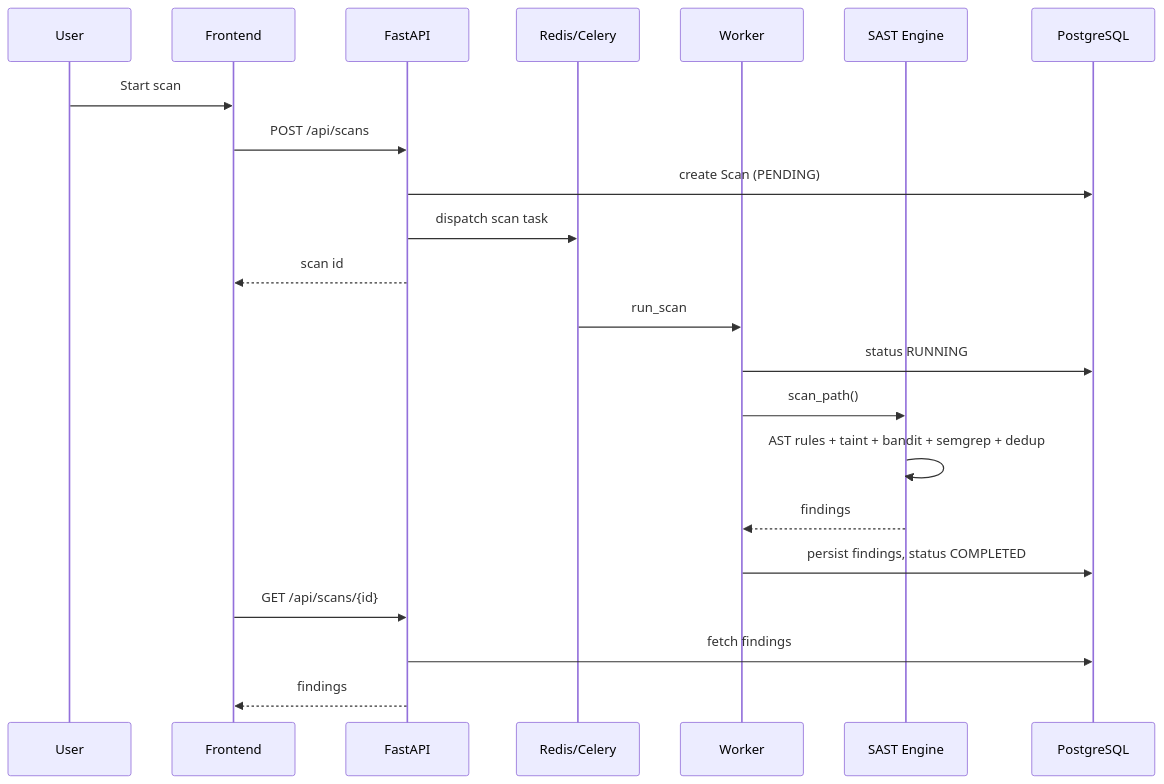
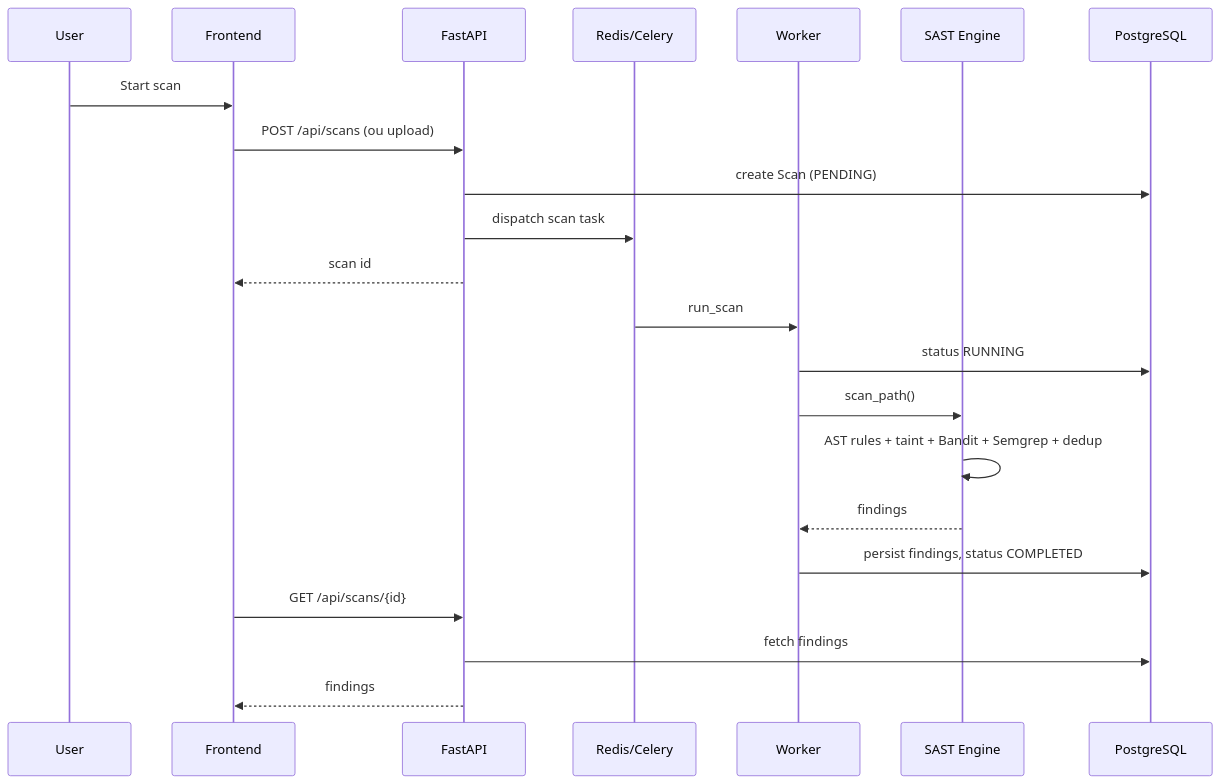
The fifth of 7 diagrams in docs/ARCHITECTURE.md (LorenzzoDiass/SASTGuard), drawn with Mermaid before and after one commit. The commit also changed other lines of this file, not shown here.

First line of the commit message:
Revise architecture documentation and diagrams

````diff
--- a/docs/ARCHITECTURE.md
+++ b/docs/ARCHITECTURE.md
@@ -78,25 +108,25 @@
 ```mermaid
 sequenceDiagram
     participant U as User
     participant FE as Frontend
     participant API as FastAPI
     participant Q as Redis/Celery
     participant W as Worker
     participant E as SAST Engine
     participant DB as PostgreSQL
 
     U->>FE: Start scan
-    FE->>API: POST /api/scans
+    FE->>API: POST /api/scans (ou upload)
     API->>DB: create Scan (PENDING)
     API->>Q: dispatch scan task
     API-->>FE: scan id
     Q->>W: run_scan
     W->>DB: status RUNNING
     W->>E: scan_path()
-    E->>E: AST rules + taint + bandit + semgrep + dedup
+    E->>E: AST rules + taint + Bandit + Semgrep + dedup
     E-->>W: findings
     W->>DB: persist findings, status COMPLETED
     FE->>API: GET /api/scans/{id}
     API->>DB: fetch findings
     API-->>FE: findings
 ```
````
